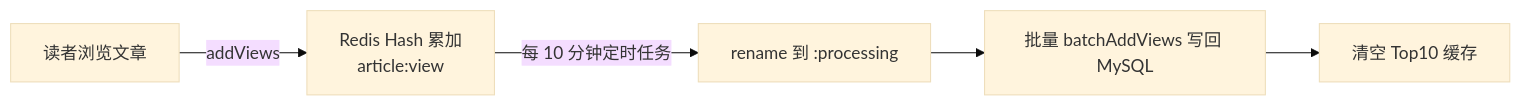
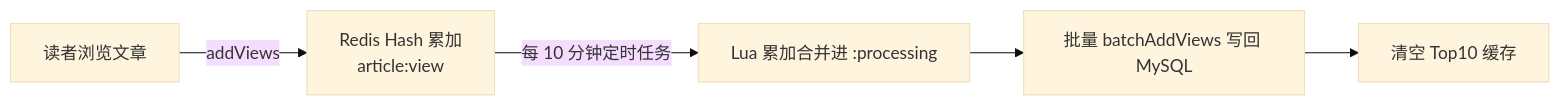
Before and after one commit to apkdio/article_trace: the first of 2 diagrams in article_trace_back/README.md, drawn with Mermaid (base theme). The commit also changed other lines of this file and 2 other files, not shown here.

````diff
--- a/article_trace_back/README.md
+++ b/article_trace_back/README.md
@@ -198,7 +198,7 @@
 ```mermaid
 flowchart LR
     A[读者浏览文章] -->|addViews| B[Redis Hash 累加<br/>article:view]
-    B -->|每 10 分钟定时任务| C[rename 到 :processing]
+    B -->|每 10 分钟定时任务| C[Lua 累加合并进 :processing]
     C --> D[批量 batchAddViews 写回 MySQL]
     D --> E[清空 Top10 缓存]
 ```
````
